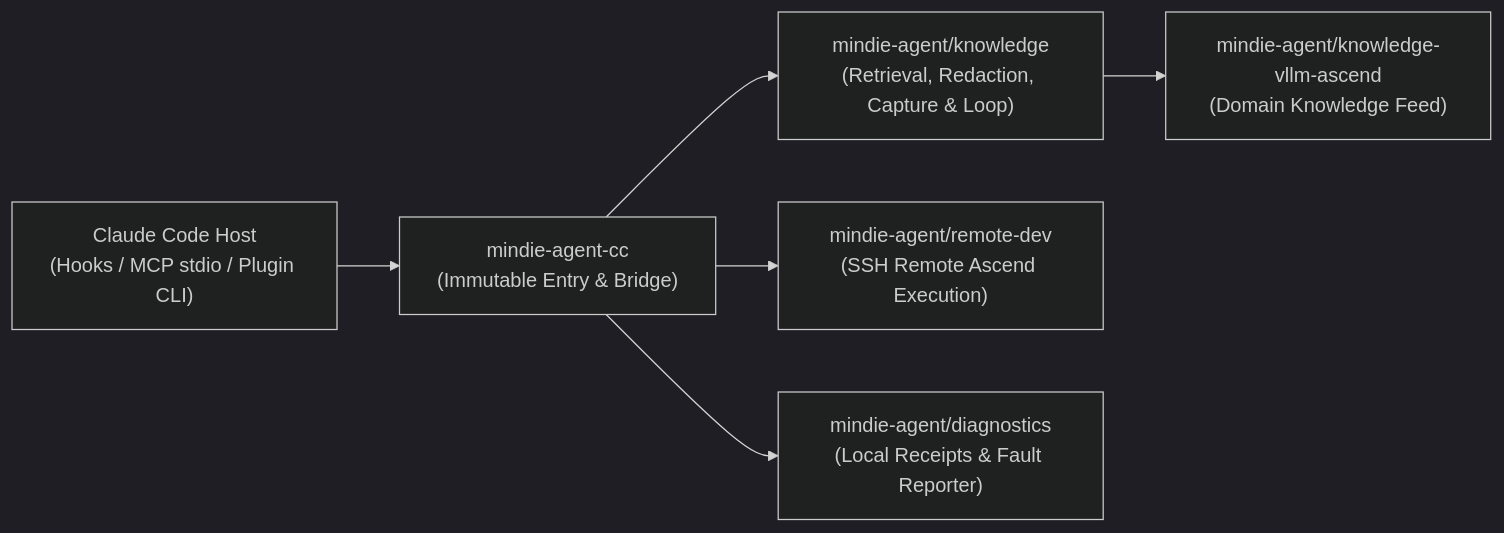
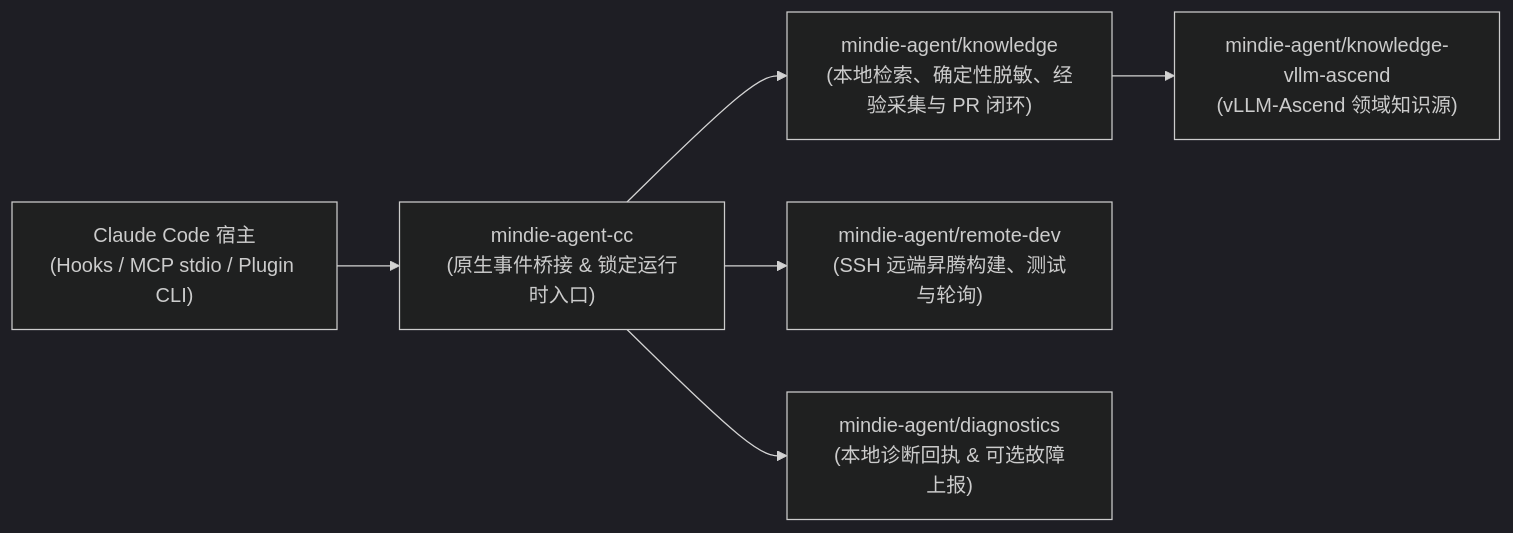
Before and after one commit to mindie-agent/mindie-agent-cc: the diagram in README.md, drawn with Mermaid (dark theme). The commit also changed other lines of this file and 13 other files, not shown here.

````diff
--- a/README.md
+++ b/README.md
@@ -98,8 +146,8 @@
 ```mermaid
 flowchart LR
-  CC["Claude Code Host<br/>(Hooks / MCP stdio / Plugin CLI)"] --> Entry["mindie-agent-cc<br/>(Immutable Entry & Bridge)"]
-  Entry --> Knowledge["mindie-agent/knowledge<br/>(Retrieval, Redaction, Capture & Loop)"]
-  Knowledge --> Feed["mindie-agent/knowledge-vllm-ascend<br/>(Domain Knowledge Feed)"]
-  Entry --> RemoteDev["mindie-agent/remote-dev<br/>(SSH Remote Ascend Execution)"]
-  Entry --> Diagnostics["mindie-agent/diagnostics<br/>(Local Receipts & Fault Reporter)"]
+  CC["Claude Code 宿主<br/>(Hooks / MCP stdio / Plugin CLI)"] --> Entry["mindie-agent-cc<br/>(原生事件桥接 & 锁定运行时入口)"]
+  Entry --> Knowledge["mindie-agent/knowledge<br/>(本地检索、确定性脱敏、经验采集与 PR 闭环)"]
+  Knowledge --> Feed["mindie-agent/knowledge-vllm-ascend<br/>(vLLM-Ascend 领域知识源)"]
+  Entry --> RemoteDev["mindie-agent/remote-dev<br/>(SSH 远端昇腾构建、测试与轮询)"]
+  Entry --> Diagnostics["mindie-agent/diagnostics<br/>(本地诊断回执 & 可选故障上报)"]
 ```
````
